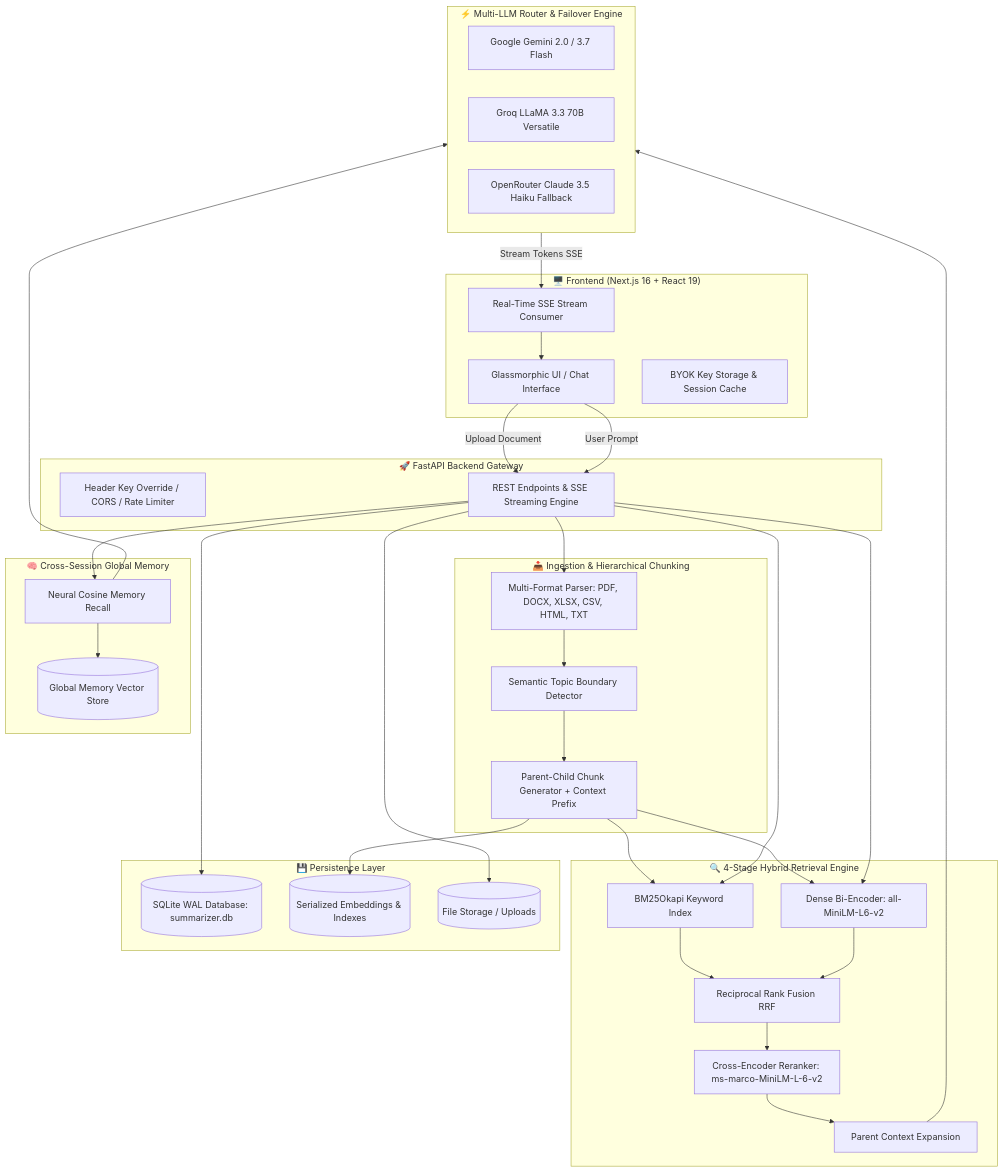
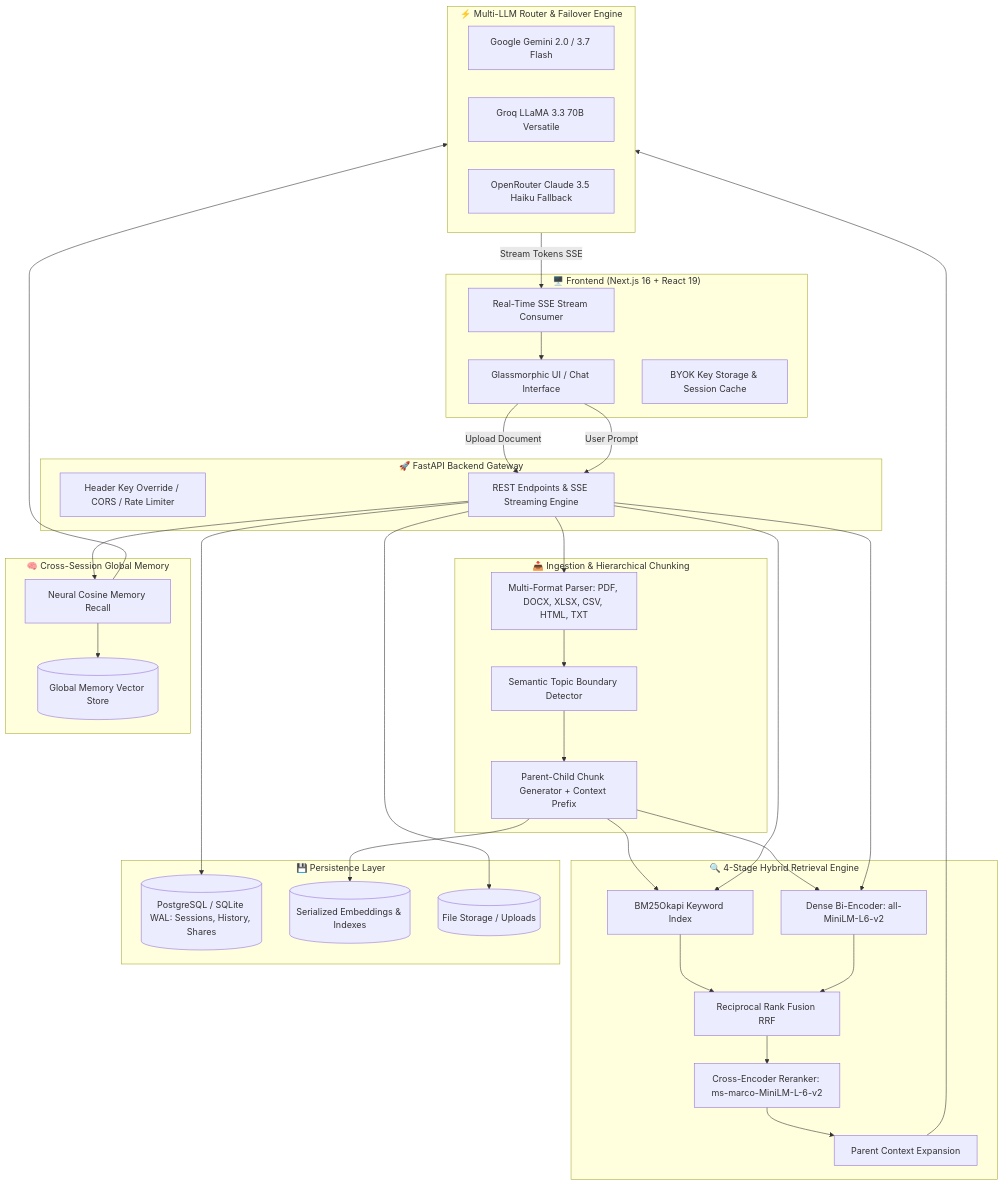
The diagram in README.md (Sanju562586/DocMind), drawn with Mermaid before and after one commit. The commit also changed other lines of this file and 41 other files, not shown here.

First line of the commit message:
feat: add Google & GitHub OAuth, PostgreSQL persistence, and shareable chat links

````diff
--- a/README.md
+++ b/README.md
@@ -49,60 +52,60 @@
 ```mermaid
 flowchart TD
     subgraph Client ["🖥️ Frontend (Next.js 16 + React 19)"]
         UI[Glassmorphic UI / Chat Interface]
         SSE_Handler[Real-Time SSE Stream Consumer]
         Storage[BYOK Key Storage & Session Cache]
     end
 
     subgraph API_Gateway ["🚀 FastAPI Backend Gateway"]
         Auth[Header Key Override / CORS / Rate Limiter]
         Endpoints[REST Endpoints & SSE Streaming Engine]
     end
 
     subgraph Ingestion ["📥 Ingestion & Hierarchical Chunking"]
         Parser[Multi-Format Parser: PDF, DOCX, XLSX, CSV, HTML, TXT]
         Semantic_Split[Semantic Topic Boundary Detector]
         ParentChild[Parent-Child Chunk Generator + Context Prefix]
     end
 
     subgraph Retrieval_Engine ["🔍 4-Stage Hybrid Retrieval Engine"]
         BM25_Index[BM25Okapi Keyword Index]
         Dense_Index[Dense Bi-Encoder: all-MiniLM-L6-v2]
         RRF[Reciprocal Rank Fusion RRF]
         Cross_Encoder[Cross-Encoder Reranker: ms-marco-MiniLM-L-6-v2]
         Parent_Expander[Parent Context Expansion]
     end
 
     subgraph Memory_Engine ["🧠 Cross-Session Global Memory"]
         Memory_DB[(Global Memory Vector Store)]
         Memory_Retriever[Neural Cosine Memory Recall]
     end
 
     subgraph LLM_Router ["⚡ Multi-LLM Router & Failover Engine"]
         Gemini[Google Gemini 2.0 / 3.7 Flash]
         Groq[Groq LLaMA 3.3 70B Versatile]
         OpenRouter[OpenRouter Claude 3.5 Haiku Fallback]
     end
 
     subgraph Persistence ["💾 Persistence Layer"]
-        SQLite[(SQLite WAL Database: summarizer.db)]
+        DB[(PostgreSQL / SQLite WAL: Sessions, History, Shares)]
         Disk_Indexes[(Serialized Embeddings & Indexes)]
         Uploads[(File Storage / Uploads)]
     end
 
     UI -->|Upload Document| Endpoints
     Endpoints --> Parser --> Semantic_Split --> ParentChild
     ParentChild --> BM25_Index & Dense_Index
     ParentChild --> Disk_Indexes
 
     UI -->|User Prompt| Endpoints
     Endpoints --> BM25_Index & Dense_Index
     BM25_Index & Dense_Index --> RRF --> Cross_Encoder --> Parent_Expander
     Endpoints --> Memory_Retriever --> Memory_DB
 
     Parent_Expander & Memory_Retriever --> LLM_Router
     LLM_Router -->|Stream Tokens SSE| SSE_Handler --> UI
 
-    Endpoints --> SQLite
+    Endpoints --> DB
     Endpoints --> Uploads
 ```
````
